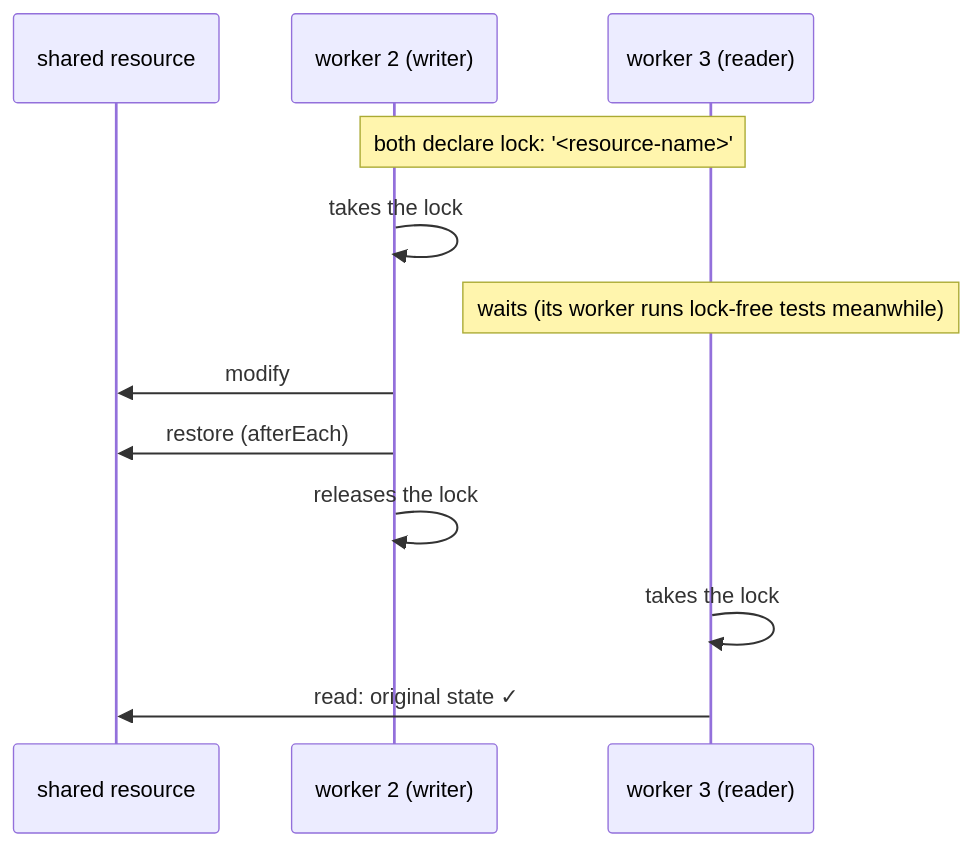
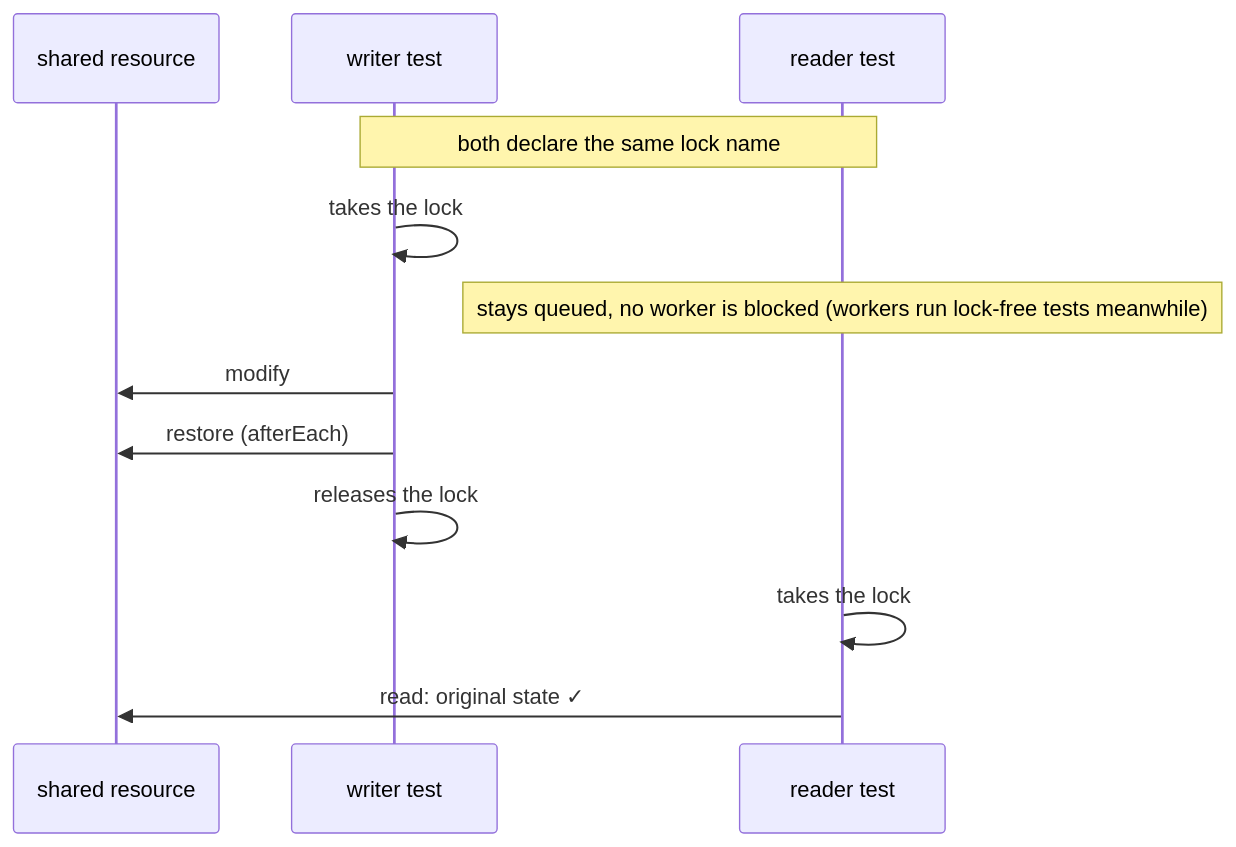
The diagram in docs/test-locks.md (JoanEsquivel/playwright-for-ui-interview-baseline), drawn with Mermaid before and after one commit. The commit also changed other lines of this file and 29 other files, not shown here.

````diff
--- a/docs/test-locks.md
+++ b/docs/test-locks.md
@@ -103,14 +108,14 @@
 ```mermaid
 sequenceDiagram
     participant R as shared resource
-    participant W as worker 2 (writer)
-    participant X as worker 3 (reader)
-    Note over W,X: both declare lock: '<resource-name>'
+    participant W as writer test
+    participant X as reader test
+    Note over W,X: both declare the same lock name
     W->>W: takes the lock
-    Note over X: waits (its worker runs lock-free tests meanwhile)
+    Note over X: stays queued, no worker is blocked (workers run lock-free tests meanwhile)
     W->>R: modify
     W->>R: restore (afterEach)
     W->>W: releases the lock
     X->>X: takes the lock
     X->>R: read: original state ✓
 ```
````
